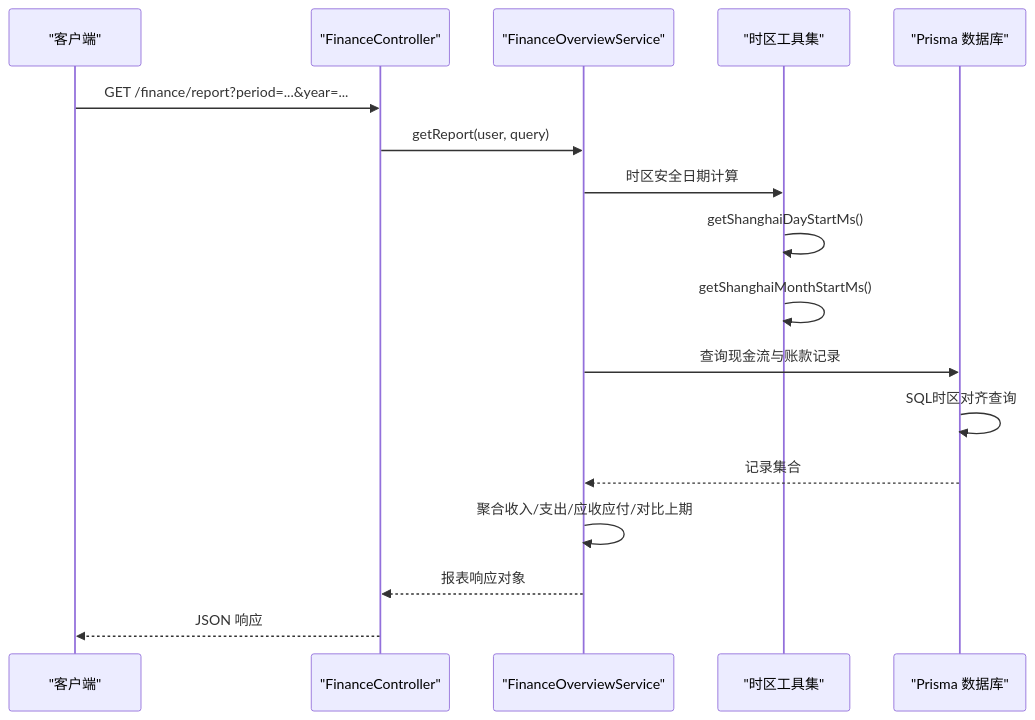
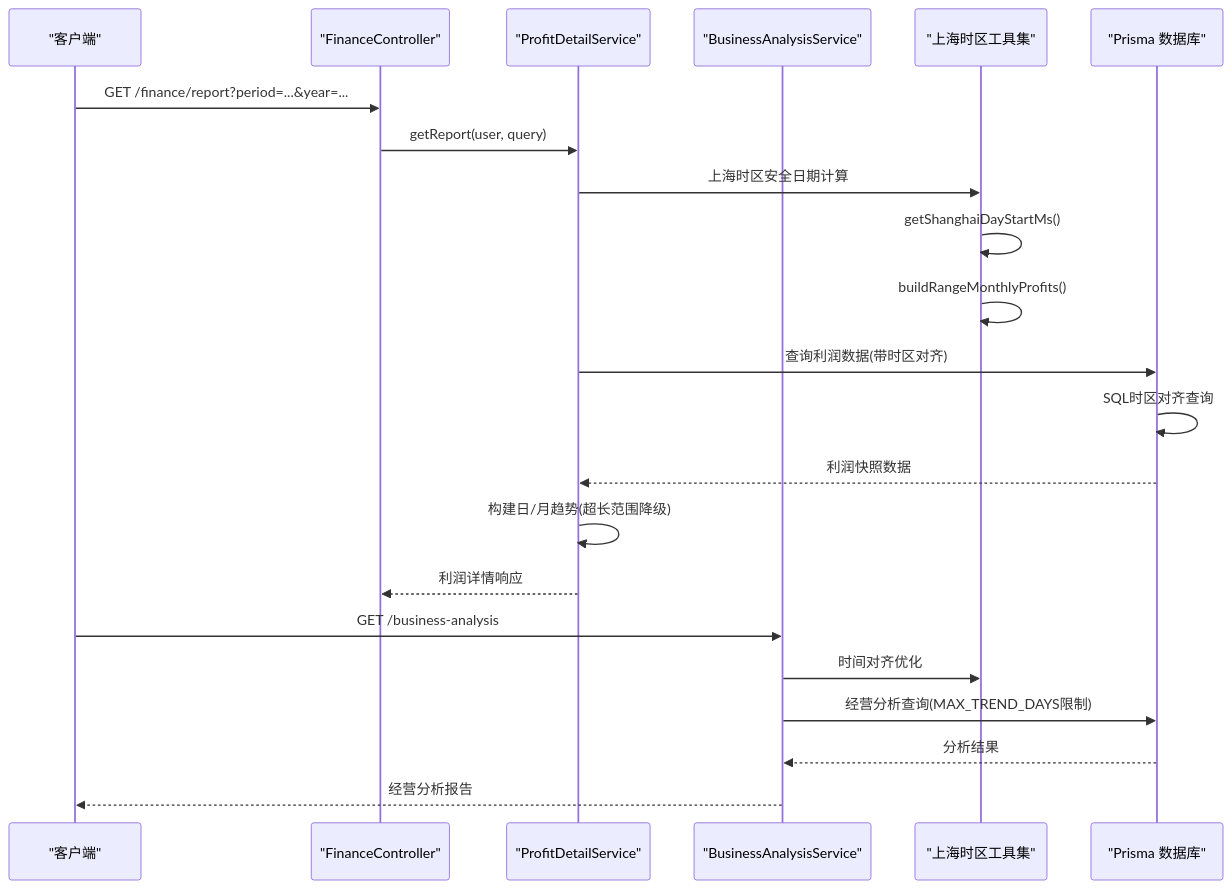
The second of 10 diagrams in .qoder/repowiki/zh/content/业务模块/财务管理模块/财务报表.md (rc558620/purelyprofit-server), drawn with Mermaid before and after one commit. The commit also changed other lines of this file and 78 other files, not shown here.

````diff
--- a/.qoder/repowiki/zh/content/业务模块/财务管理模块/财务报表.md
+++ b/.qoder/repowiki/zh/content/业务模块/财务管理模块/财务报表.md
@@ -180,19 +199,24 @@
 ```mermaid
 sequenceDiagram
 participant Client as "客户端"
 participant Ctrl as "FinanceController"
-participant Svc as "FinanceOverviewService"
-participant Util as "时区工具集"
+participant ProfitDetail as "ProfitDetailService"
+participant BusinessAnalysis as "BusinessAnalysisService"
+participant ShanghaiUtils as "上海时区工具集"
 participant DB as "Prisma 数据库"
 Client->>Ctrl : GET /finance/report?period=...&year=...
-Ctrl->>Svc : getReport(user, query)
-Svc->>Util : 时区安全日期计算
-Util->>Util : getShanghaiDayStartMs()
-Util->>Util : getShanghaiMonthStartMs()
-Svc->>DB : 查询现金流与账款记录
+Ctrl->>ProfitDetail : getReport(user, query)
+ProfitDetail->>ShanghaiUtils : 上海时区安全日期计算
+ShanghaiUtils->>ShanghaiUtils : getShanghaiDayStartMs()
+ShanghaiUtils->>ShanghaiUtils : buildRangeMonthlyProfits()
+ProfitDetail->>DB : 查询利润数据(带时区对齐)
 DB->>DB : SQL时区对齐查询
-DB-->>Svc : 记录集合
-Svc->>Svc : 聚合收入/支出/应收应付/对比上期
-Svc-->>Ctrl : 报表响应对象
-Ctrl-->>Client : JSON 响应
+DB-->>ProfitDetail : 利润快照数据
+ProfitDetail->>ProfitDetail : 构建日/月趋势(超长范围降级)
+ProfitDetail-->>Ctrl : 利润详情响应
+Client->>BusinessAnalysis : GET /business-analysis
+BusinessAnalysis->>ShanghaiUtils : 时间对齐优化
+BusinessAnalysis->>DB : 经营分析查询(MAX_TREND_DAYS限制)
+DB-->>BusinessAnalysis : 分析结果
+BusinessAnalysis-->>Client : 经营分析报告
 ```
````
